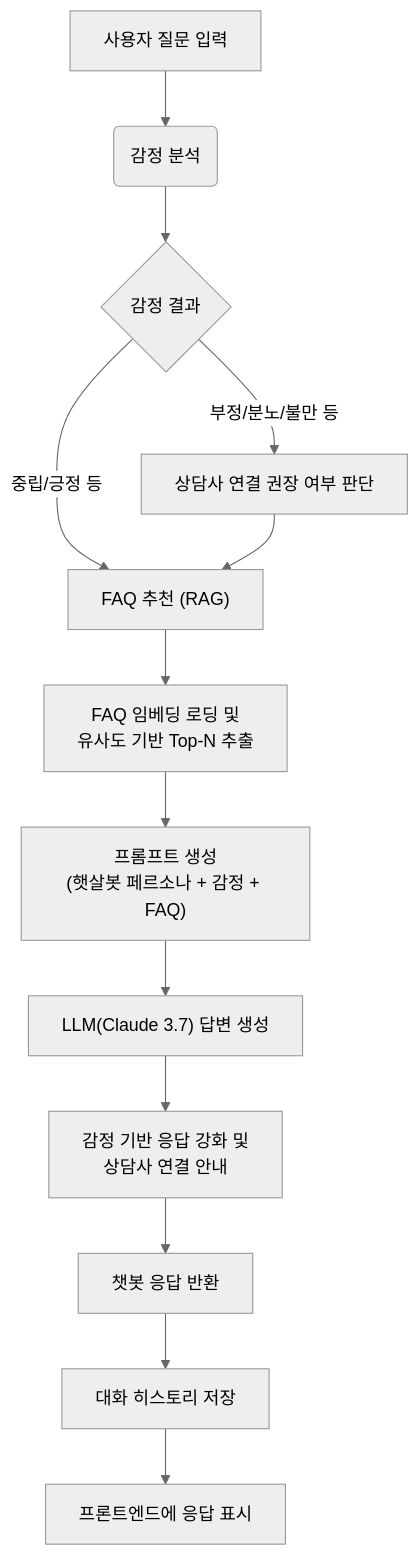
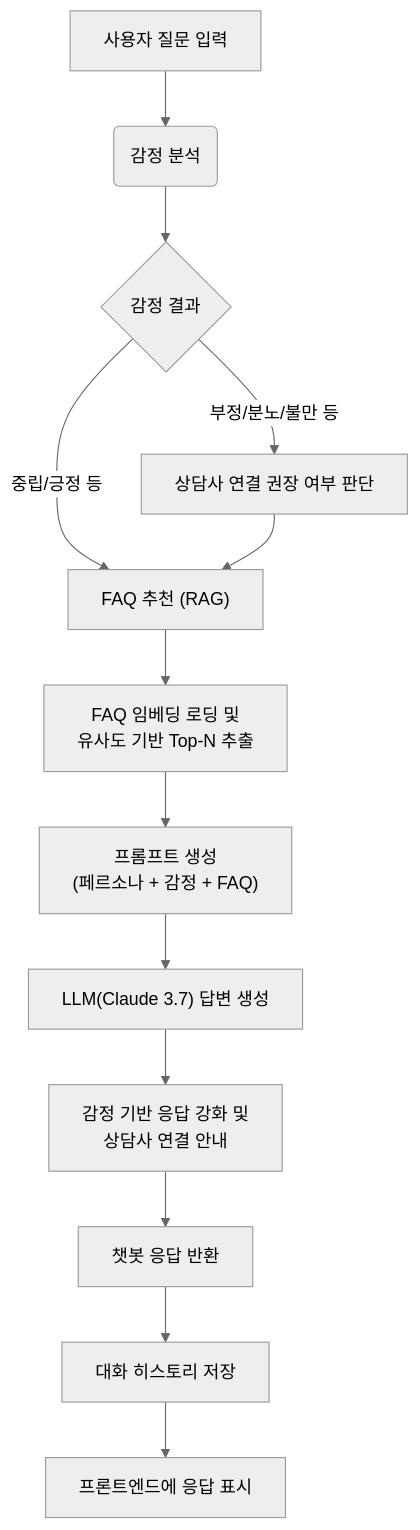
Before and after one commit to tearslunar/chatbot: the diagram in README.md, drawn with Mermaid (neutral theme).

````diff
--- a/README.md
+++ b/README.md
@@ -5,30 +5,30 @@
 ```mermaid
 flowchart TD
     %% 1. 노드(상자)들을 각각 한 줄에 하나씩 정의합니다.
     A[사용자 질문 입력]
     B(감정 분석)
     C{감정 결과}
     D[상담사 연결 권장 여부 판단]
     E["FAQ 추천 (RAG)"]
     F[FAQ 임베딩 로딩 및<br>유사도 기반 Top-N 추출]
-    G["프롬프트 생성<br>(햇살봇 페르소나 + 감정 + FAQ)"]
+    G["프롬프트 생성<br>(페르소나 + 감정 + FAQ)"]
     H["LLM(Claude 3.7) 답변 생성"]
     I[감정 기반 응답 강화 및<br>상담사 연결 안내]
     J[챗봇 응답 반환]
     K[대화 히스토리 저장]
     L[프론트엔드에 응답 표시]
 
     %% 2. 정의된 노드들을 화살표로 연결합니다.
     A --> B
     B --> C
     C -- "부정/분노/불만 등" --> D
     C -- "중립/긍정 등" --> E
     D --> E
     E --> F
     F --> G
     G --> H
     H --> I
     I --> J
     J --> K
     K --> L
 ```
````
